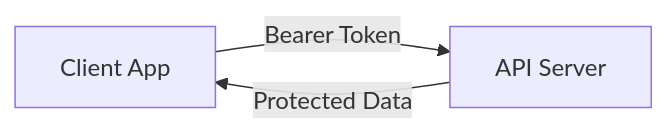
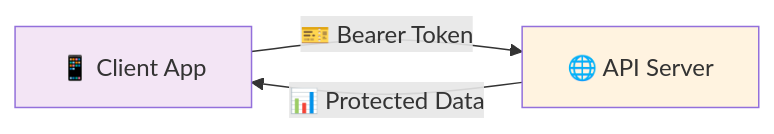
One commit to lele-maxwell/adorsys-gis-blog3 changed the fourth of 5 diagrams in docs/blog/direct-access-grant/slides.md. Above: the diagram before and after it, drawn with Mermaid. The commit also changed other lines of this file, not shown here.

Commit message:
Fix slides.md file to have a better explanation of what the process and what it does and correct explanation of the Direct grant flow

````diff
--- a/docs/blog/direct-access-grant/slides.md
+++ b/docs/blog/direct-access-grant/slides.md
@@ -100,5 +117,8 @@
 ```mermaid
-graph LR
-    A[Client App] -->|Bearer Token| B[API Server]
-    B -->|Protected Data| A
+flowchart LR
+    A[📱 Client App] -->|"🎫 Bearer Token"| B[🌐 API Server]
+    B -->|"📊 Protected Data"| A
+    
+    style A fill:#f3e5f5
+    style B fill:#fff3e0
 ```
````
